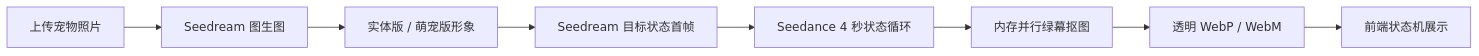
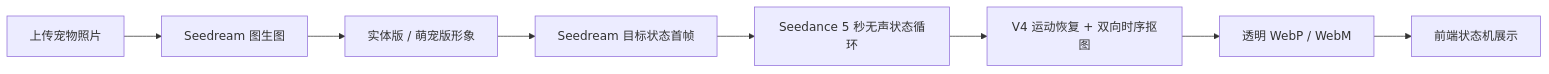
The diagram in README.md (black7766/pet-avatar-3d-mvp), drawn with Mermaid before and after one commit. The commit also changed other lines of this file and 171 other files, not shown here.

````diff
--- a/README.md
+++ b/README.md
@@ -61,10 +64,10 @@
 ```mermaid
 flowchart LR
   A["上传宠物照片"] --> B["Seedream 图生图"]
   B --> C["实体版 / 萌宠版形象"]
   C --> D["Seedream 目标状态首帧"]
-  D --> E["Seedance 4 秒状态循环"]
-  E --> F["内存并行绿幕抠图"]
+  D --> E["Seedance 5 秒无声状态循环"]
+  E --> F["V4 运动恢复 + 双向时序抠图"]
   F --> G["透明 WebP / WebM"]
   G --> H["前端状态机展示"]
 ```
````
